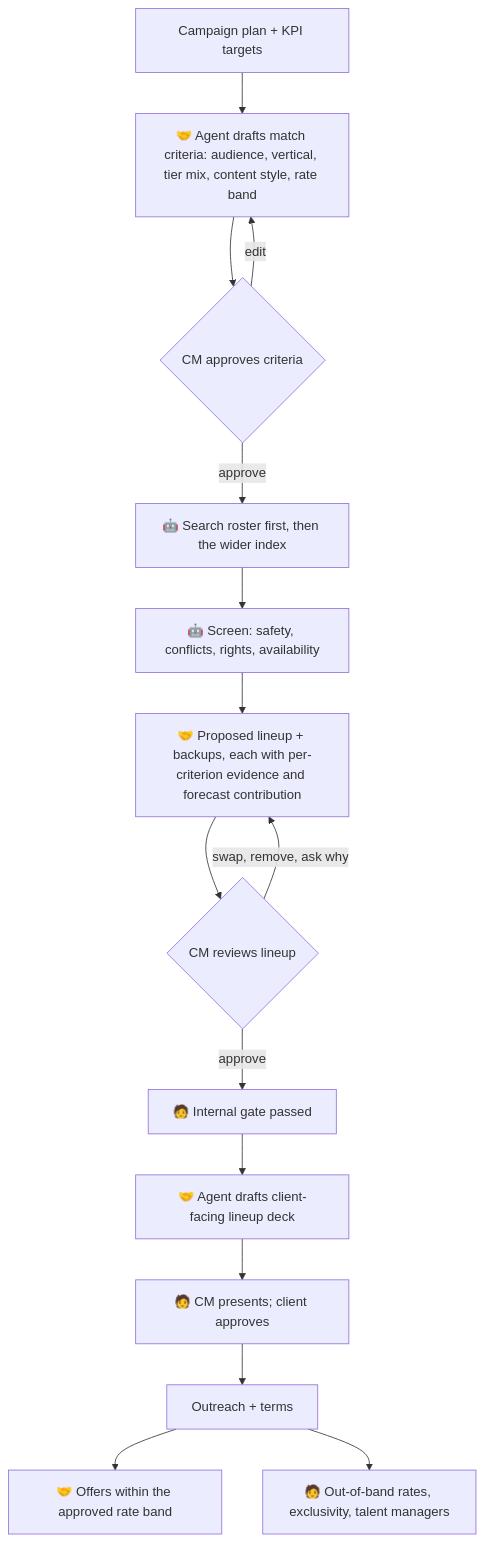
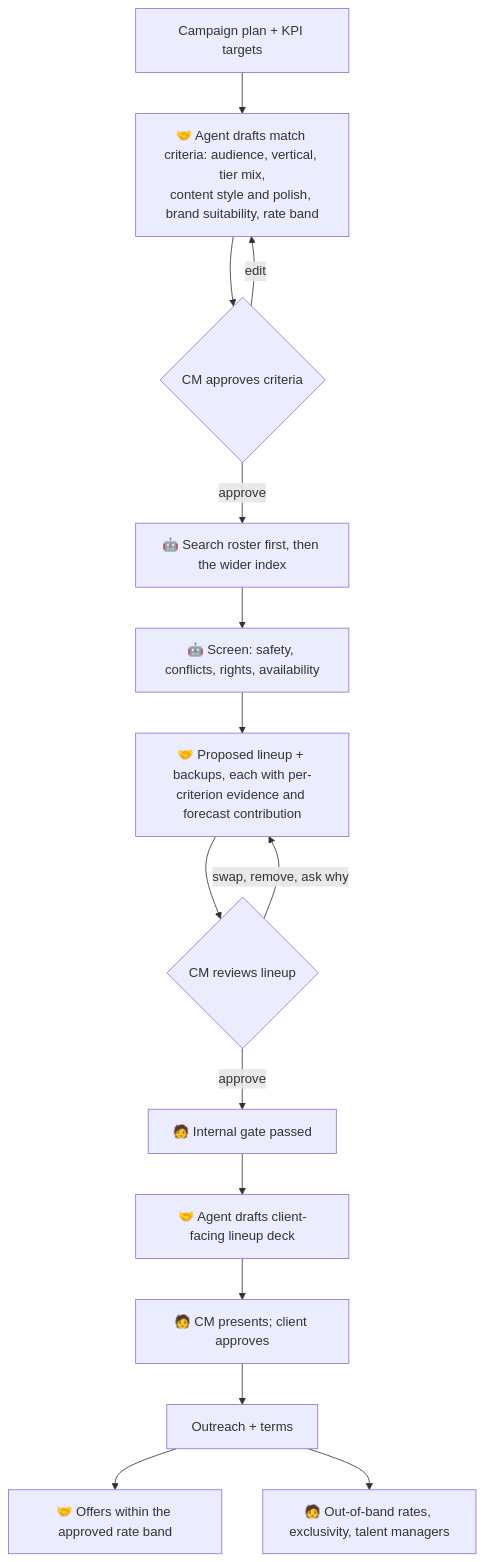
Before and after one commit to joshjhall/later-services-agent: the fourth of 10 diagrams in docs/flows.md, drawn with Mermaid. The commit also changed other lines of this file and 6 other files, not shown here.

First line of the commit message:
docs: add product principles and information architecture

````diff
--- a/docs/flows.md
+++ b/docs/flows.md
@@ -89,17 +91,17 @@
 ```mermaid
 flowchart TD
-  P[Campaign plan + KPI targets] --> Q[🤝 Agent drafts match criteria: audience, vertical, tier mix, content style, rate band]
+  P[Campaign plan + KPI targets] --> Q[🤝 Agent drafts match criteria: audience, vertical, tier mix,<br/>content style and polish, brand suitability, rate band]
   Q --> Q1{CM approves criteria}
   Q1 -->|edit| Q
   Q1 -->|approve| R[🤖 Search roster first, then the wider index]
   R --> S[🤖 Screen: safety, conflicts, rights, availability]
   S --> T[🤝 Proposed lineup + backups, each with per-criterion evidence and forecast contribution]
   T --> U{CM reviews lineup}
   U -->|swap, remove, ask why| T
   U -->|approve| W[🧑 Internal gate passed]
   W --> X[🤝 Agent drafts client-facing lineup deck]
   X --> Y[🧑 CM presents; client approves]
   Y --> Z[Outreach + terms]
   Z --> Z1[🤝 Offers within the approved rate band]
   Z --> Z2[🧑 Out-of-band rates, exclusivity, talent managers]
 ```
````
